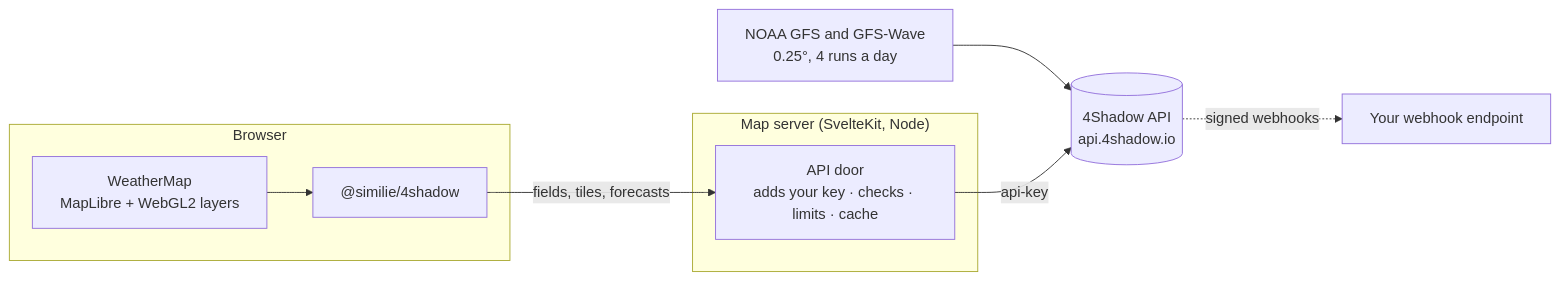
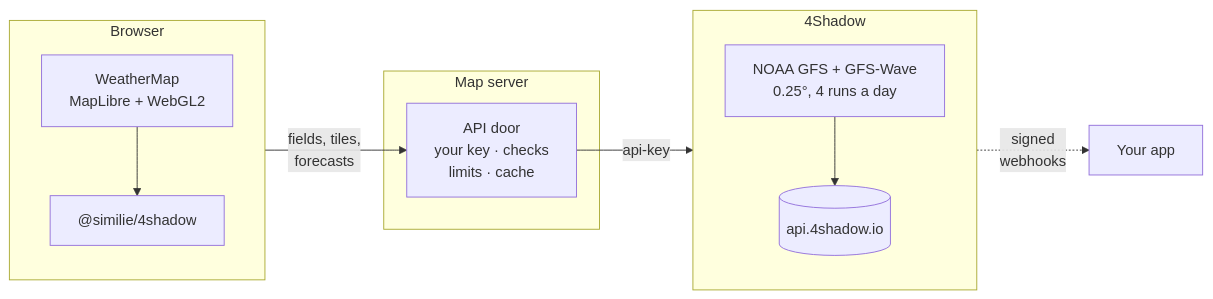
One commit to similie/4Shadow-js changed the diagram in README.md. Above: the diagram before and after it, drawn with Mermaid.

Commit message:
README: a narrower architecture diagram

````diff
--- a/README.md
+++ b/README.md
@@ -131,12 +131,16 @@
 ```mermaid
 flowchart LR
-  gfs["NOAA GFS and GFS-Wave<br/>0.25°, 4 runs a day"] --> api[("4Shadow API<br/>api.4shadow.io")]
   subgraph browser["Browser"]
-    map["WeatherMap<br/>MapLibre + WebGL2 layers"] --> sdk["@similie/4shadow"]
+    direction TB
+    map["WeatherMap<br/>MapLibre + WebGL2"] --> sdk["@similie/4shadow"]
   end
-  subgraph server["Map server (SvelteKit, Node)"]
-    door["API door<br/>adds your key · checks · limits · cache"]
+  subgraph server["Map server"]
+    door["API door<br/>your key · checks<br/>limits · cache"]
   end
-  sdk -- "fields, tiles, forecasts" --> door -- "api-key" --> api
-  api -. "signed webhooks" .-> hooks["Your webhook endpoint"]
+  subgraph fourshadow["4Shadow"]
+    direction TB
+    gfs["NOAA GFS + GFS-Wave<br/>0.25°, 4 runs a day"] --> api[("api.4shadow.io")]
+  end
+  sdk -- "fields, tiles,<br/>forecasts" --> door -- "api-key" --> api
+  api -. "signed<br/>webhooks" .-> hooks["Your app"]
 ```
````
